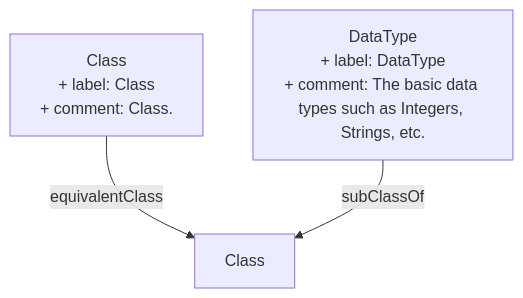
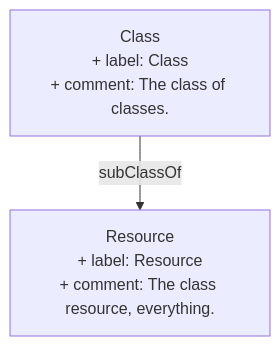
Before and after one commit to heidingaway/heidi2: the diagram in content/schema/Class.md, drawn with Mermaid. The commit also changed other lines of this file and 318 other files, not shown here.

````diff
--- a/content/schema/Class.md
+++ b/content/schema/Class.md
@@ -20,8 +23,6 @@
 ```mermaid
 graph TD
-  Class["Class"]:::current-page-node
-  Class_1["Class<br>+ label: Class<br>+ comment: Class."]
-  DataType["DataType<br>+ label: DataType<br>+ comment: The basic data types such as Integers, Strings, etc."]
-  Class_1-->|" equivalentClass "|Class
-  DataType-->|" subClassOf "|Class
+  Class["Class<br>+ label: Class<br>+ comment: The class of classes."]:::current-page-node
+  Resource["Resource<br>+ label: Resource<br>+ comment: The class resource, everything."]
+  Class-->|" subClassOf "|Resource
 ```
````
